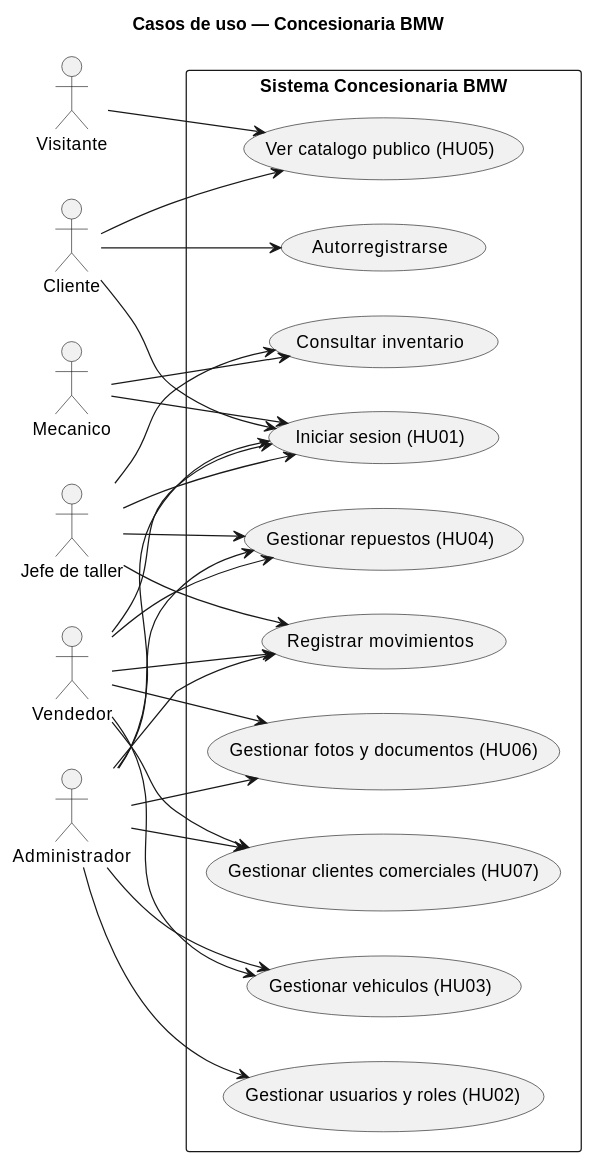
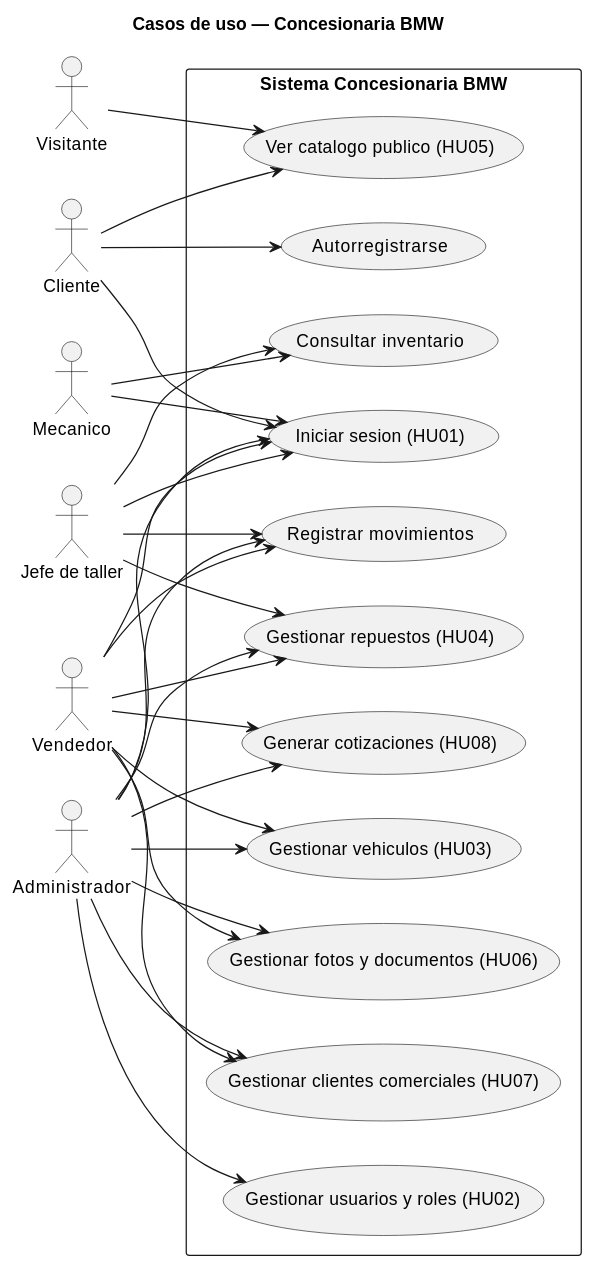
The third of 12 diagrams in documentacion/diagramas.md (dgschahvqvc17/Concesionaria-BMW), drawn with PlantUML before and after one commit. The commit also changed other lines of this file and 35 other files, not shown here.

````diff
--- a/documentacion/diagramas.md
+++ b/documentacion/diagramas.md
@@ -120,55 +122,58 @@
 ```plantuml
 @startuml
 title Casos de uso — Concesionaria BMW
 left to right direction
 skinparam shadowing false
 
 actor "Visitante" as visitante
 actor "Cliente" as cliente
 actor "Mecanico" as mecanico
 actor "Jefe de taller" as jefe
 actor "Vendedor" as vendedor
 actor "Administrador" as admin
 
 rectangle "Sistema Concesionaria BMW" {
   usecase "Ver catalogo publico (HU05)" as UC_catalogo
   usecase "Autorregistrarse" as UC_registro
   usecase "Iniciar sesion (HU01)" as UC_login
   usecase "Consultar inventario" as UC_consultar
   usecase "Gestionar vehiculos (HU03)" as UC_vehiculos
   usecase "Gestionar fotos y documentos (HU06)" as UC_archivos
   usecase "Gestionar repuestos (HU04)" as UC_repuestos
   usecase "Registrar movimientos" as UC_movimientos
   usecase "Gestionar clientes comerciales (HU07)" as UC_clientes
+  usecase "Generar cotizaciones (HU08)" as UC_cotizaciones
   usecase "Gestionar usuarios y roles (HU02)" as UC_usuarios
 }
 
 visitante --> UC_catalogo
 cliente --> UC_catalogo
 cliente --> UC_registro
 cliente --> UC_login
 
 mecanico --> UC_login
 mecanico --> UC_consultar
 
 jefe --> UC_login
 jefe --> UC_consultar
 jefe --> UC_repuestos
 jefe --> UC_movimientos
 
 vendedor --> UC_login
 vendedor --> UC_vehiculos
 vendedor --> UC_archivos
 vendedor --> UC_repuestos
 vendedor --> UC_movimientos
 vendedor --> UC_clientes
+vendedor --> UC_cotizaciones
 
 admin --> UC_login
 admin --> UC_vehiculos
 admin --> UC_archivos
 admin --> UC_repuestos
 admin --> UC_movimientos
 admin --> UC_clientes
+admin --> UC_cotizaciones
 admin --> UC_usuarios
 @enduml
 ```
````
